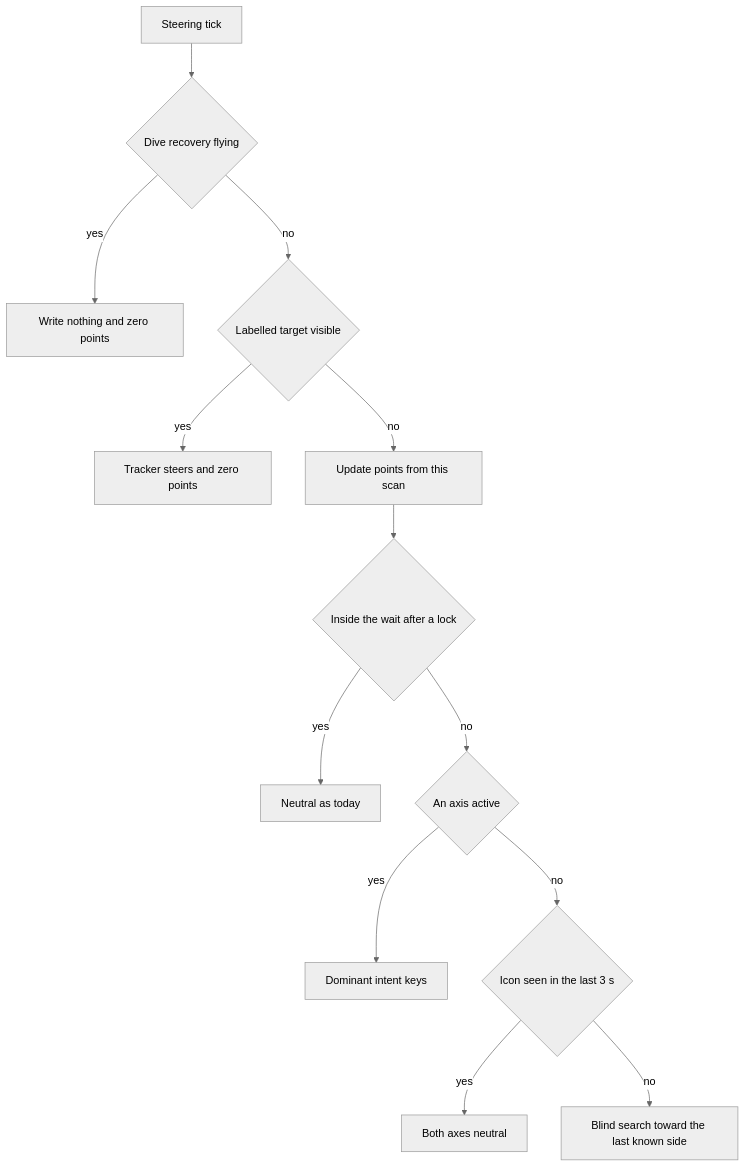
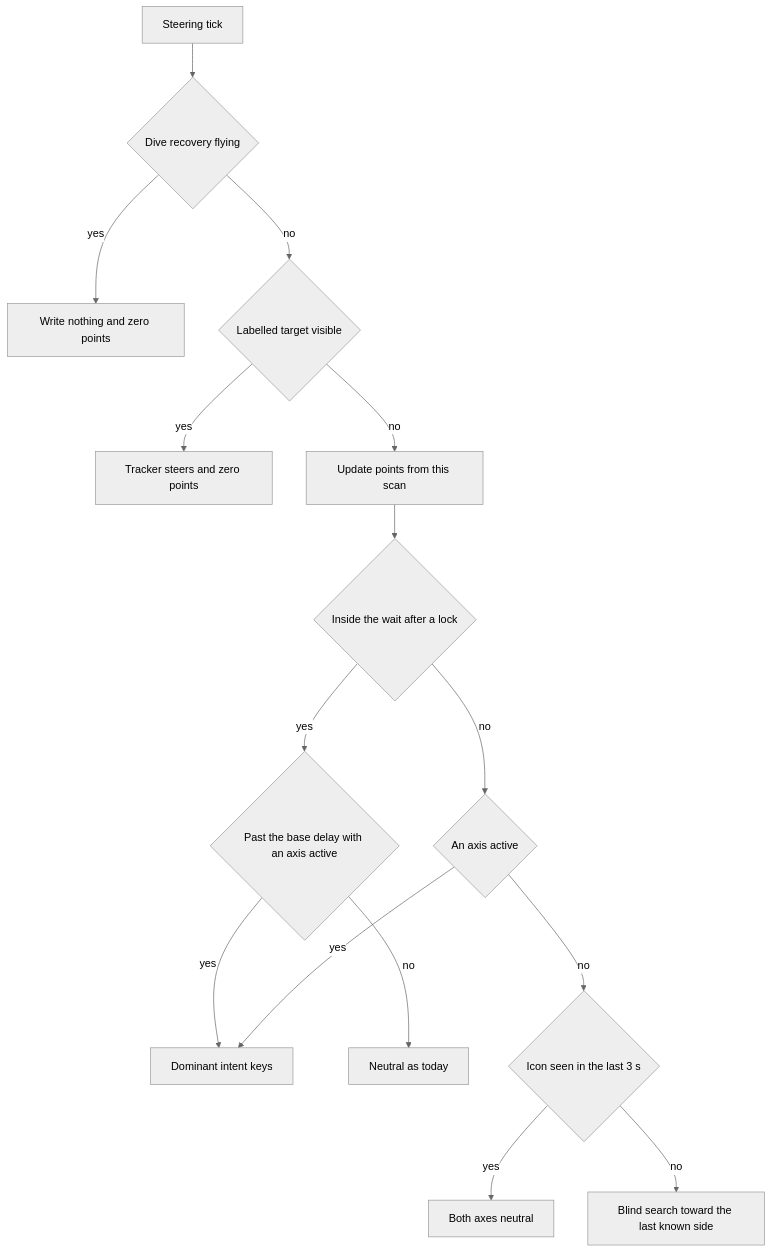
Before and after one commit to mhouse1/wingman: the second of 2 diagrams in docs/hldd/015-target-tracking-pursuit-mode-hldd.md, drawn with Mermaid (neutral theme). The commit also changed other lines of this file and 130 other files, not shown here.

````diff
--- a/docs/hldd/015-target-tracking-pursuit-mode-hldd.md
+++ b/docs/hldd/015-target-tracking-pursuit-mode-hldd.md
@@ -615,15 +615,17 @@
 ```mermaid
 flowchart TD
     T[Steering tick] --> Y{Dive recovery flying}
     Y -->|yes| YR[Write nothing and zero points]
     Y -->|no| V{Labelled target visible}
     V -->|yes| TR[Tracker steers and zero points]
     V -->|no| U[Update points from this scan]
     U --> W{Inside the wait after a lock}
-    W -->|yes| WN[Neutral as today]
+    W -->|yes| WX{Past the base delay with an axis active}
+    WX -->|yes| IS
+    WX -->|no| WN[Neutral as today]
     W -->|no| A{An axis active}
     A -->|yes| IS[Dominant intent keys]
     A -->|no| R{Icon seen in the last 3 s}
     R -->|yes| N[Both axes neutral]
     R -->|no| B[Blind search toward the last known side]
 ```
````
